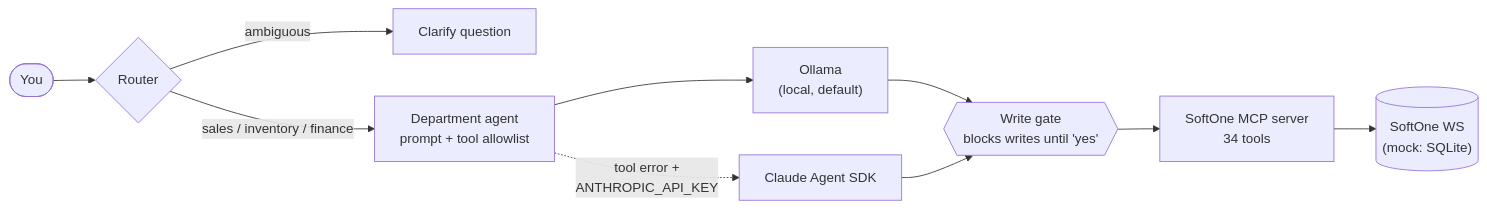
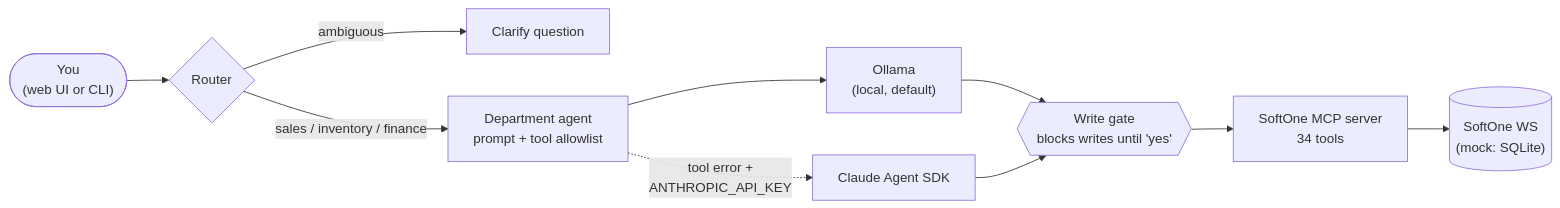
One commit to leonlongtang/softone-api-wrapper changed the diagram in README.md. Above: the diagram before and after it, drawn with Mermaid. The commit also changed other lines of this file and 5 other files, not shown here.

````diff
--- a/README.md
+++ b/README.md
@@ -10,12 +10,12 @@
 ```mermaid
 flowchart LR
-    U([You]) --> R{Router}
+    U(["You<br/>(web UI or CLI)"]) --> R{Router}
     R -- "ambiguous" --> Q[Clarify question]
     R -- "sales / inventory / finance" --> A["Department agent<br/>prompt + tool allowlist"]
     A --> O["Ollama<br/>(local, default)"]
     A -. "tool error +<br/>ANTHROPIC_API_KEY" .-> C[Claude Agent SDK]
     O --> G{{"Write gate<br/>blocks writes until 'yes'"}}
     C --> G
     G --> M["SoftOne MCP server<br/>34 tools"]
     M --> DB[("SoftOne WS<br/>(mock: SQLite)")]
 ```
````
